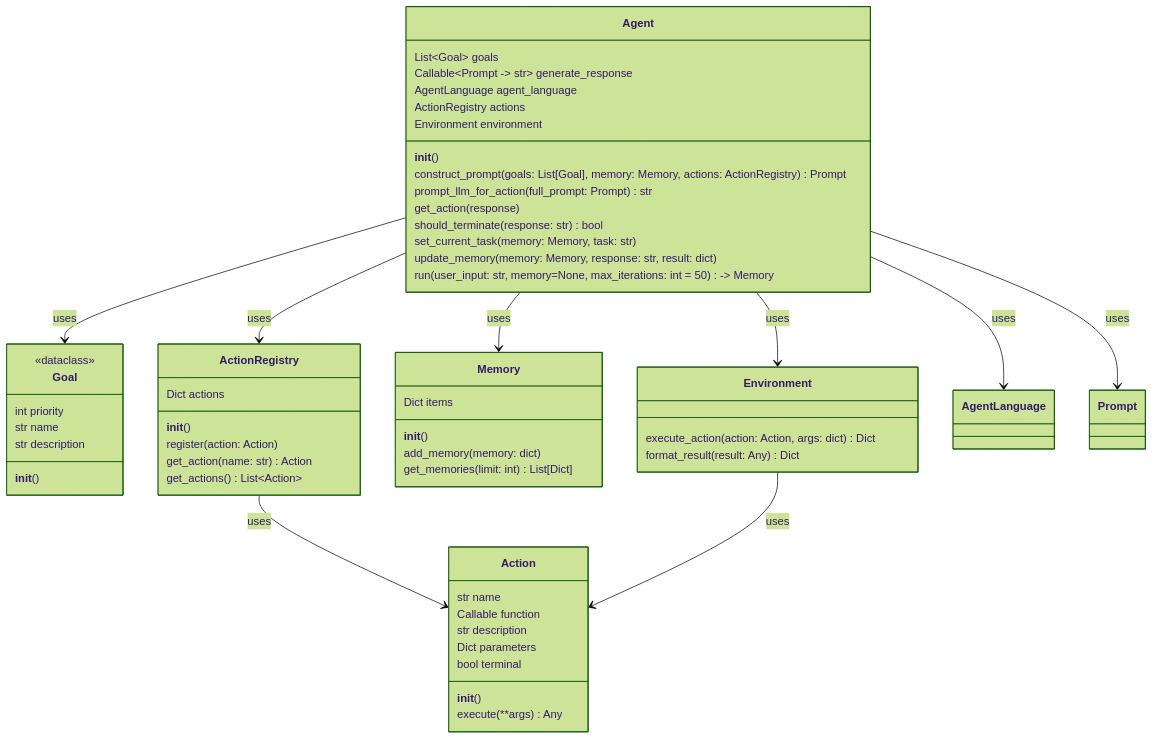
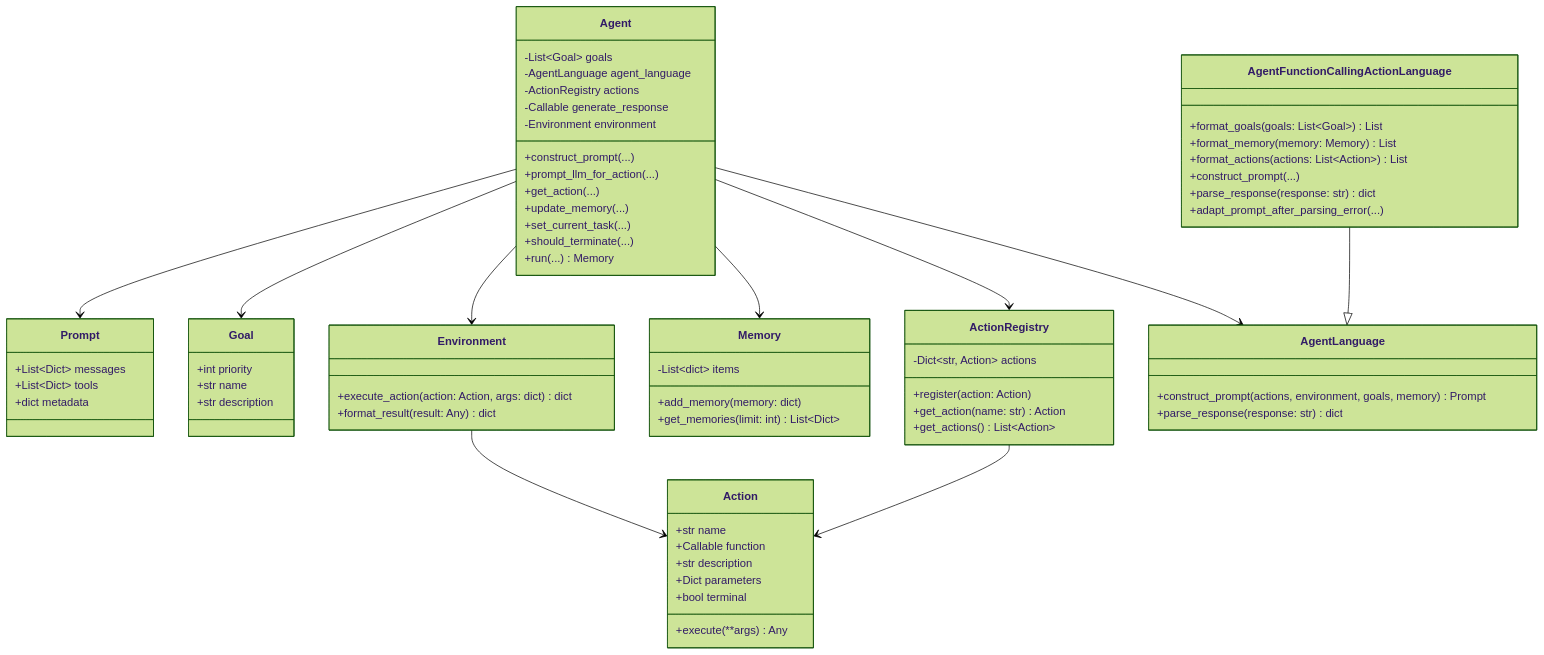
Before and after one commit to nikgladkov/ai_agents_py: the diagram in gameFramework/core_class_diagram.md, drawn with Mermaid (forest theme). The commit also changed 7 other files, not shown here.

````diff
--- a/gameFramework/core_class_diagram.md
+++ b/gameFramework/core_class_diagram.md
@@ -1,86 +1,90 @@
 ```mermaid
 classDiagram
-    class Goal {
-        <<dataclass>>
-        int priority
-        str name
-        str description
 
-        __init__()
-    }
+%% Классы данных
+class Prompt {
+  +List~Dict~ messages
+  +List~Dict~ tools
+  +dict metadata
+}
 
-    class Action {
-        str name
-        Callable function
-        str description
-        Dict parameters
-        bool terminal
+class Goal {
+  +int priority
+  +str name
+  +str description
+}
 
-        __init__()
-        execute(**args) Any
-	}
+%% Action-related
+class Action {
+  +str name
+  +Callable function
+  +str description
+  +Dict parameters
+  +bool terminal
+  +execute(**args) Any
+}
 
-	class ActionRegistry {
-        Dict actions
+class ActionRegistry {
+  -Dict~str, Action~ actions
+  +register(action: Action)
+  +get_action(name: str) Action
+  +get_actions() List~Action~
+}
 
-        __init__()
-        register(action: Action)
-        get_action(name: str) Action
-        get_actions() List~Action~
-    }
+ActionRegistry --> Action
 
-    class Action
+%% Memory
+class Memory {
+  -List~dict~ items
+  +add_memory(memory: dict)
+  +get_memories(limit: int) List~Dict~
+}
 
-    ActionRegistry --> Action : uses
+%% Environment
+class Environment {
+  +execute_action(action: Action, args: dict) dict
+  +format_result(result: Any) dict
+}
 
-	class Memory {
-		Dict items
+Environment --> Action
 
-		__init__()
-		add_memory(memory: dict)
-		get_memories(limit: int) List[Dict]
-	}
+%% AgentLanguage и подклассы
+class AgentLanguage {
+  +construct_prompt(actions, environment, goals, memory) Prompt
+  +parse_response(response: str) dict
+}
 
-	class Environment {
-		execute_action(action: Action, args: dict) Dict
-		format_result(result: Any) Dict
-	}
+class AgentFunctionCallingActionLanguage {
+  +format_goals(goals: List~Goal~) List
+  +format_memory(memory: Memory) List
+  +format_actions(actions: List~Action~) List
+  +construct_prompt(...)
+  +parse_response(response: str) dict
+  +adapt_prompt_after_parsing_error(...)
+}
 
-    class Action
+AgentFunctionCallingActionLanguage --|> AgentLanguage
 
-    Environment --> Action : uses
+%% Agent
+class Agent {
+  -List~Goal~ goals
+  -AgentLanguage agent_language
+  -ActionRegistry actions
+  -Callable generate_response
+  -Environment environment
+  +construct_prompt(...)
+  +prompt_llm_for_action(...)
+  +get_action(...)
+  +update_memory(...)
+  +set_current_task(...)
+  +should_terminate(...)
+  +run(...) Memory
+}
 
-	class Agent {
-        List~Goal~ goals
-        Callable~Prompt -> str~ generate_response
-        AgentLanguage agent_language
-        ActionRegistry actions
-        Environment environment
-
-        __init__()
-        construct_prompt(goals: List[Goal], memory: Memory, actions: ActionRegistry) Prompt
-        prompt_llm_for_action(full_prompt: Prompt) str
-        get_action(response)
-        should_terminate(response: str) bool
-        set_current_task(memory: Memory, task: str)
-        update_memory(memory: Memory, response: str, result: dict)
-        run(user_input: str, memory=None, max_iterations: int = 50) -> Memory
-    }
-
-    class ActionRegistry
-    class AgentLanguage
-    class Environment
-    class Goal
-    class Memory
-    class Prompt
-
-    Agent --> ActionRegistry : uses
-    Agent --> AgentLanguage : uses
-    Agent --> Environment : uses
-    Agent --> Goal : uses
-    Agent --> Memory : uses
-    Agent --> Prompt : uses
-
-
-
+Agent --> Goal
+Agent --> AgentLanguage
+Agent --> ActionRegistry
+Agent --> Environment
+Agent --> Prompt
+Agent --> Memory
 ```
````
